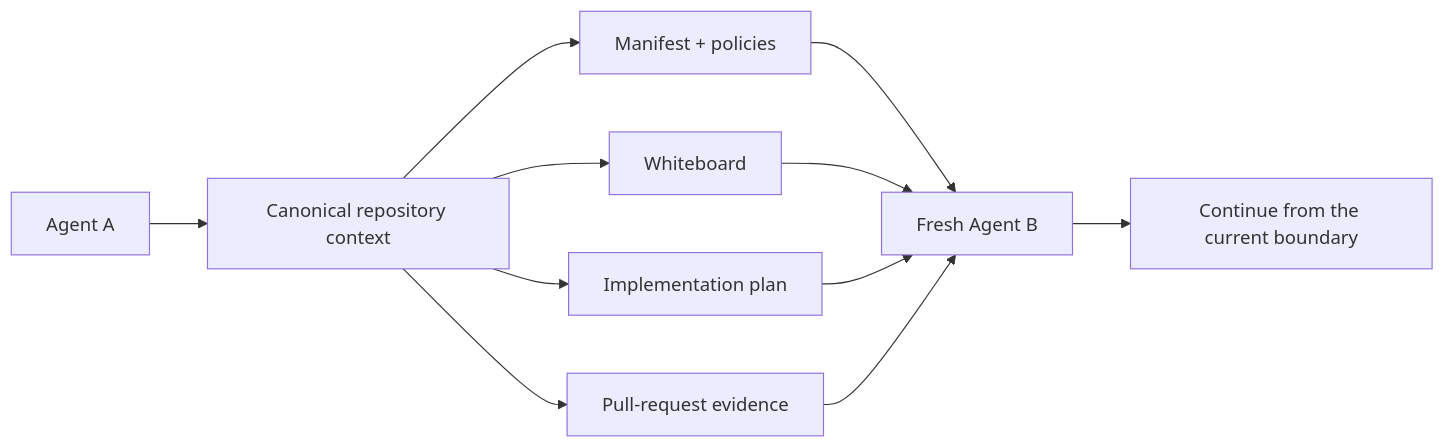
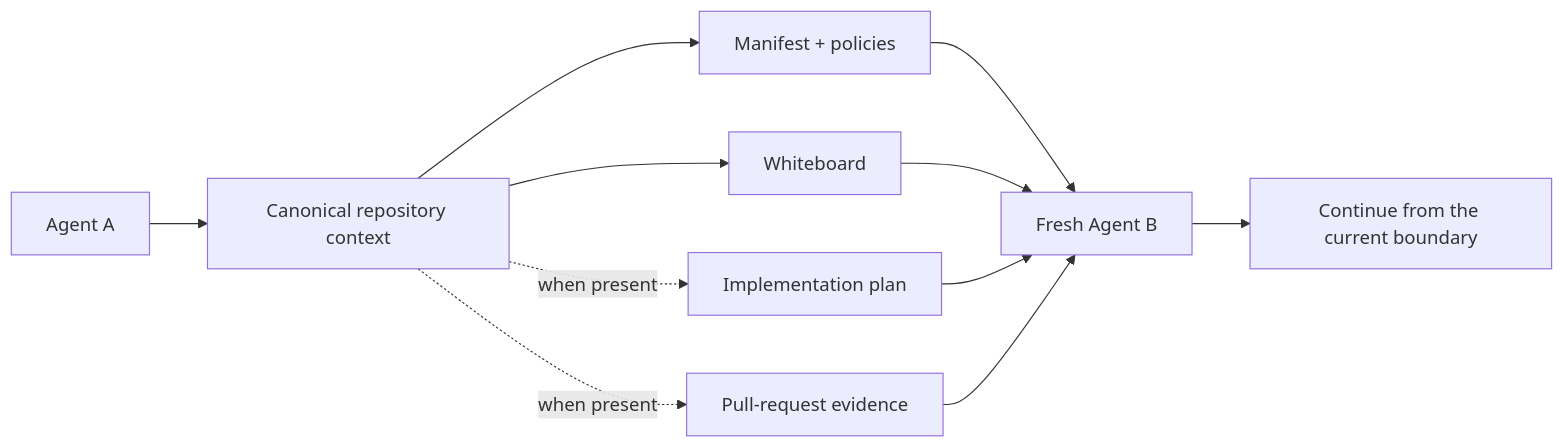
One commit to hhhhhusky777/spec-driven-delivery-playbook changed the sixth of 11 diagrams in README.md. Above: the diagram before and after it, drawn with Mermaid. The commit also changed other lines of this file, not shown here.

````diff
--- a/README.md
+++ b/README.md
@@ -257,13 +258,13 @@
 ```mermaid
 flowchart LR
     A1["Agent A"] --> R["Canonical repository context"]
     R --> M["Manifest + policies"]
     R --> W["Whiteboard"]
-    R --> P["Implementation plan"]
-    R --> G["Pull-request evidence"]
+    R -. "when present" .-> P["Implementation plan"]
+    R -. "when present" .-> G["Pull-request evidence"]
     M --> A2["Fresh Agent B"]
     W --> A2
     P --> A2
     G --> A2
     A2 --> C["Continue from the current boundary"]
 ```
````
